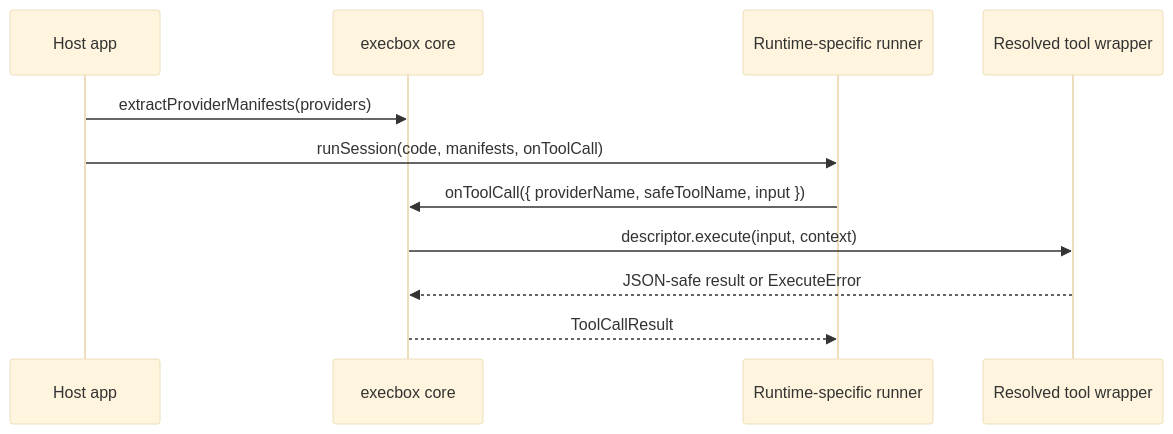
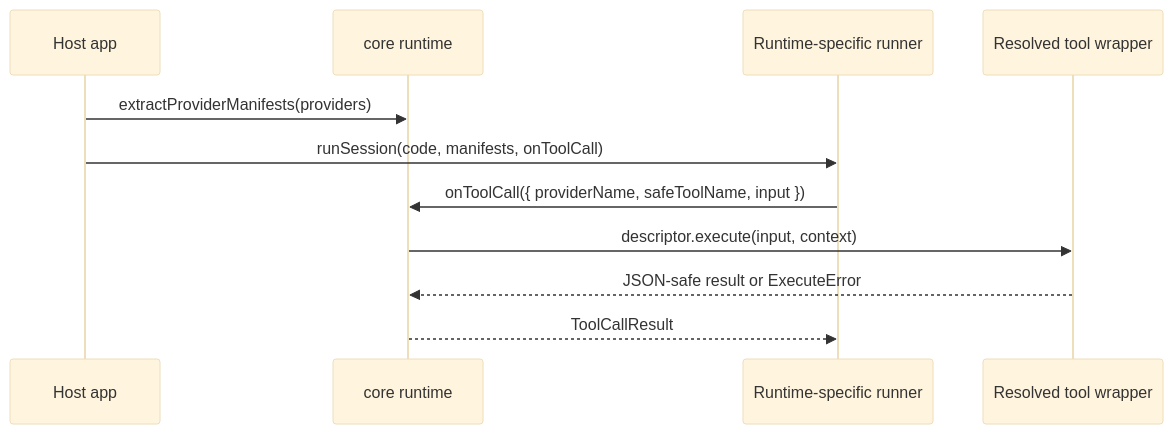
The second of 4 diagrams in docs/architecture/execbox-core.md (aallam/execbox), drawn with Mermaid (base theme) before and after one commit. The commit also changed other lines of this file and 53 other files, not shown here.

````diff
--- a/docs/architecture/execbox-core.md
+++ b/docs/architecture/execbox-core.md
@@ -90,14 +91,14 @@
 ```mermaid
 sequenceDiagram
     participant Host as Host app
-    participant Core as execbox core
+    participant Runtime as core runtime
     participant Runner as Runtime-specific runner
     participant Tool as Resolved tool wrapper
 
-    Host->>Core: extractProviderManifests(providers)
+    Host->>Runtime: extractProviderManifests(providers)
     Host->>Runner: runSession(code, manifests, onToolCall)
-    Runner->>Core: onToolCall({ providerName, safeToolName, input })
-    Core->>Tool: descriptor.execute(input, context)
-    Tool-->>Core: JSON-safe result or ExecuteError
-    Core-->>Runner: ToolCallResult
+    Runner->>Runtime: onToolCall({ providerName, safeToolName, input })
+    Runtime->>Tool: descriptor.execute(input, context)
+    Tool-->>Runtime: JSON-safe result or ExecuteError
+    Runtime-->>Runner: ToolCallResult
 ```
````
